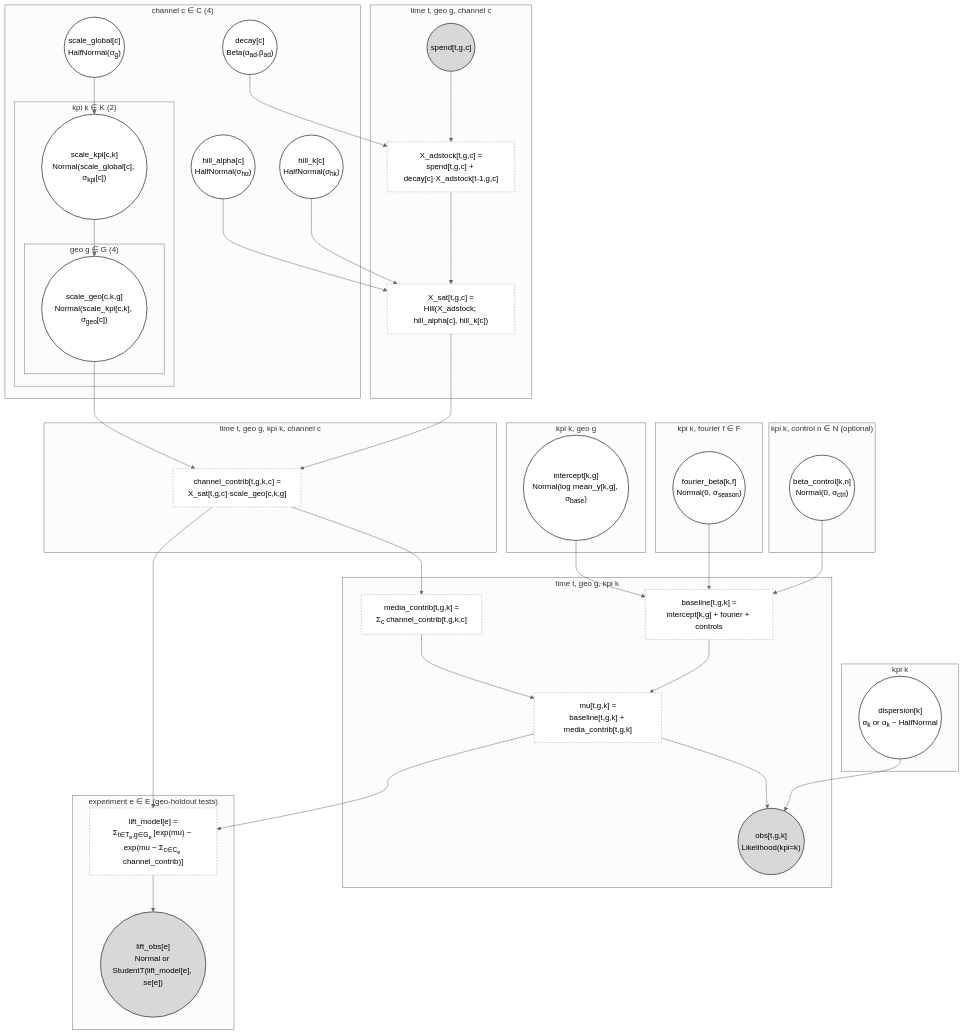
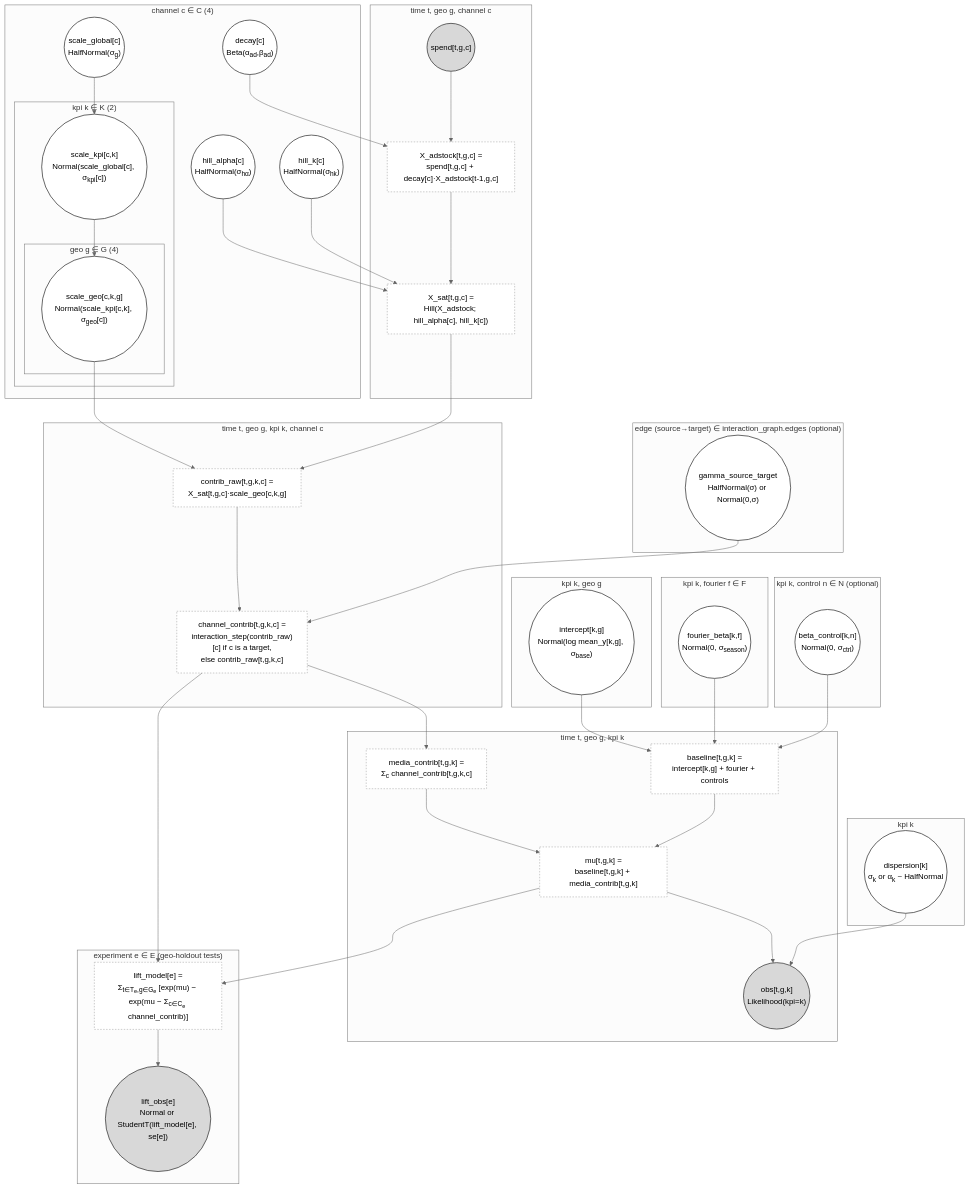
Before and after one commit to knkumar/credit: the diagram in docs/USER_GUIDE.md, drawn with Mermaid (neutral theme). The commit also changed other lines of this file and 1 other file, not shown here.

First line of the commit message:
docs: document channel interaction graph in plate notation, user guide, README

```diff
--- a/docs/USER_GUIDE.md
+++ b/docs/USER_GUIDE.md
@@ -51,8 +51,13 @@
         sat["X_sat[t,g,c] =<br/>Hill(X_adstock; hill_alpha[c], hill_k[c])"]:::det
     end
 
+    subgraph PLATE_EI["edge (source&rarr;target) &isin; interaction_graph.edges (optional)"]
+        gammaEdge(("gamma_source_target<br/>HalfNormal(&sigma;) or Normal(0,&sigma;)")):::rv
+    end
+
     subgraph PLATE_TGKC["time t, geo g, kpi k, channel c"]
-        contrib["channel_contrib[t,g,k,c] =<br/>X_sat[t,g,c]&middot;scale_geo[c,k,g]"]:::det
+        contribRaw["contrib_raw[t,g,k,c] =<br/>X_sat[t,g,c]&middot;scale_geo[c,k,g]"]:::det
+        contrib["channel_contrib[t,g,k,c] =<br/>interaction_step(contrib_raw)[c] if c is a target,<br/>else contrib_raw[t,g,k,c]"]:::det
     end
 
     subgraph PLATE_TGK["time t, geo g, kpi k"]
@@ -77,8 +82,10 @@
     hillA --> sat
     hillK --> sat
     scaleG --> scaleKPI --> scaleGeo
-    scaleGeo --> contrib
-    sat --> contrib
+    scaleGeo --> contribRaw
+    sat --> contribRaw
+    contribRaw --> contrib
+    gammaEdge --> contrib
     contrib --> media
     intercept --> base
     fbeta --> base
```
